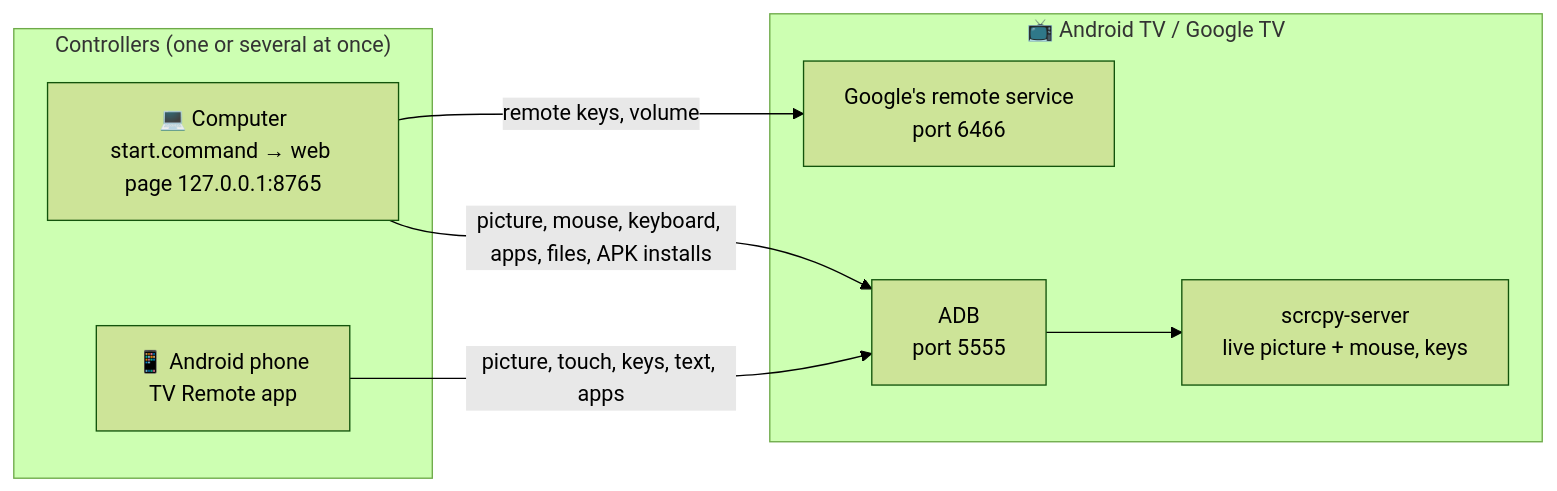
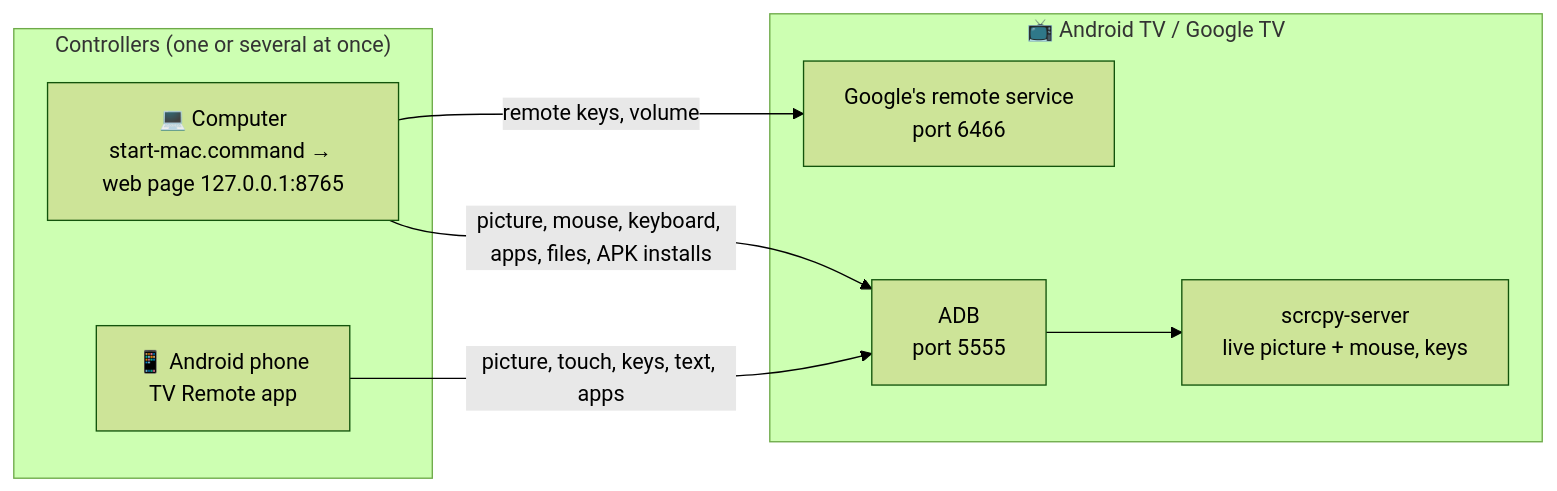
One commit to 9000000/tv-remote changed the first of 4 diagrams in README.en.md. Above: the diagram before and after it, drawn with Mermaid (forest theme). The commit also changed other lines of this file and 203 other files, not shown here.

````diff
--- a/README.en.md
+++ b/README.en.md
@@ -15,16 +23,16 @@
 ```mermaid
 flowchart LR
     subgraph C["Controllers (one or several at once)"]
-        PC["💻 Computer<br/>start.command → web page 127.0.0.1:8765"]
+        PC["💻 Computer<br/>start-mac.command → web page 127.0.0.1:8765"]
         PH["📱 Android phone<br/>TV Remote app"]
     end
     subgraph T["📺 Android TV / Google TV"]
         R["Google's remote service<br/>port 6466"]
         A["ADB<br/>port 5555"]
         S["scrcpy-server<br/>live picture + mouse, keys"]
         A --> S
     end
     PC -- "remote keys, volume" --> R
     PC -- "picture, mouse, keyboard, apps, files, APK installs" --> A
     PH -- "picture, touch, keys, text, apps" --> A
 ```
````
